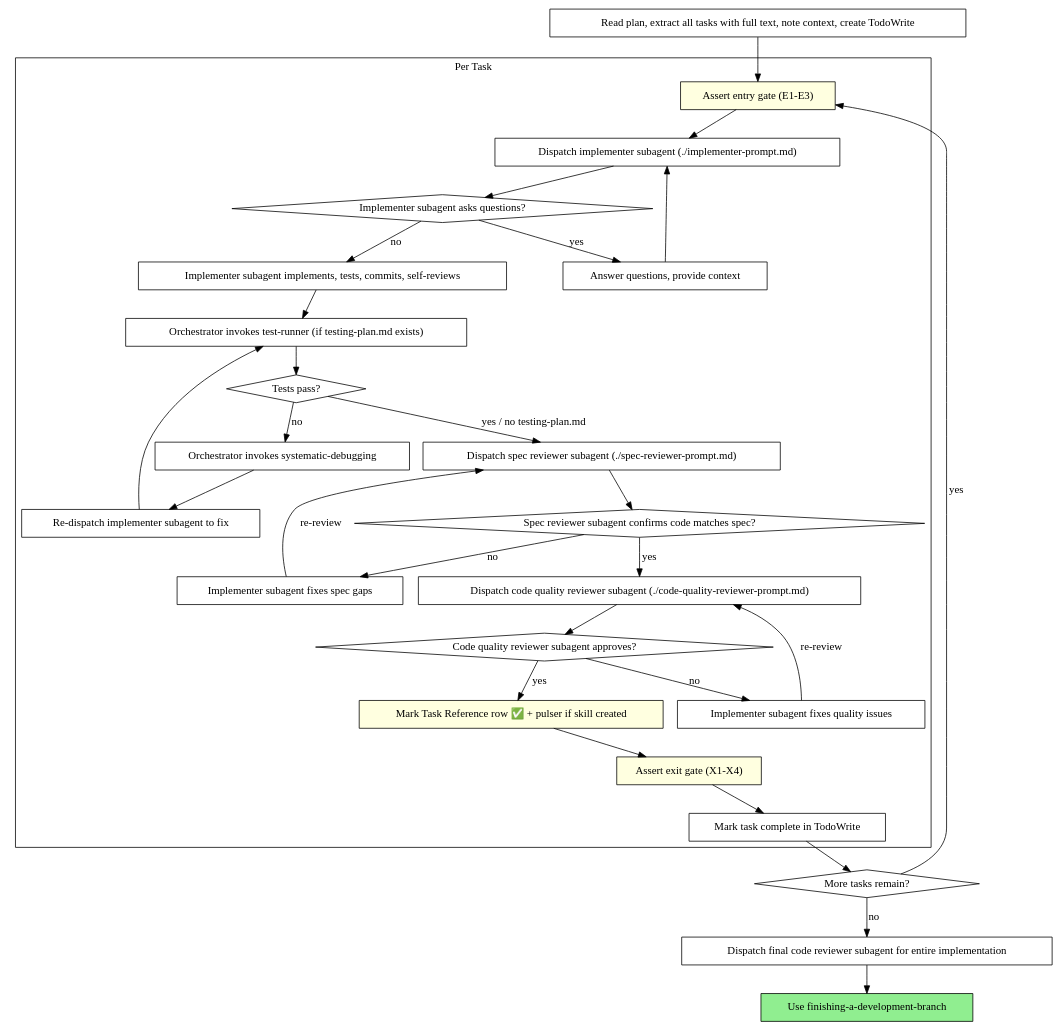
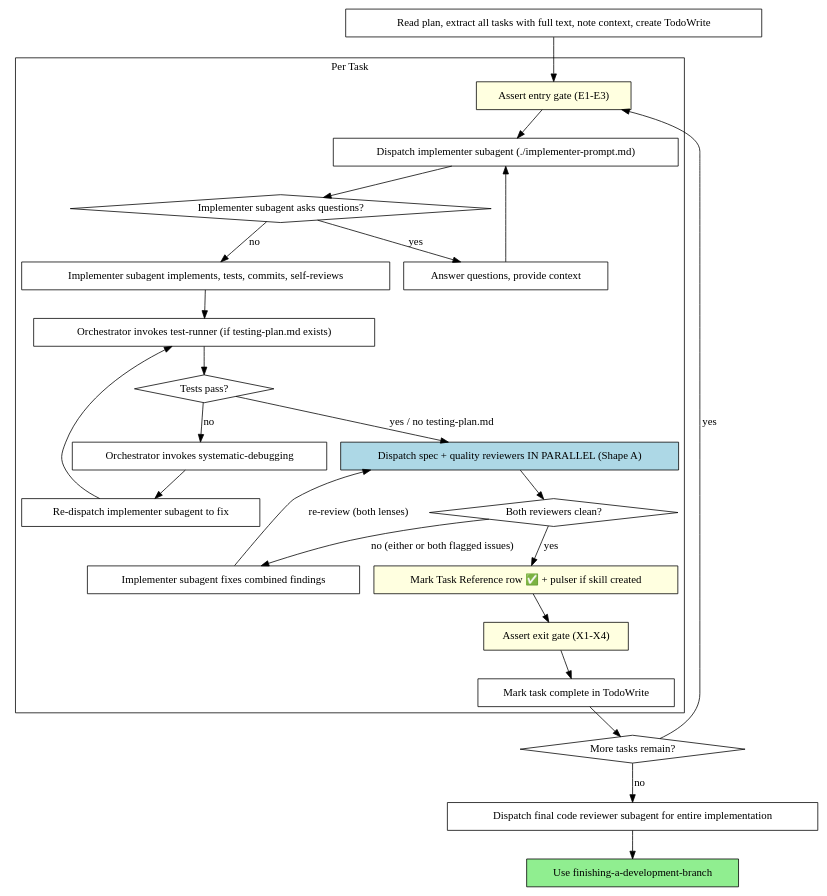
The second of 2 diagrams in skills/subagent-driven-development/SKILL.md (TeamClyde/clydes_claude), drawn with Graphviz before and after one commit. The commit also changed other lines of this file and 4 other files, not shown here.

First line of the commit message:
refactor: subagent-driven-development — parallel two-lens review (spec + quality concurrent)

````diff
--- a/skills/subagent-driven-development/SKILL.md
+++ b/skills/subagent-driven-development/SKILL.md
@@ -43,59 +43,52 @@
 ```dot
 digraph process {
     rankdir=TB;
 
     subgraph cluster_per_task {
         label="Per Task";
         "Assert entry gate (E1-E3)" [shape=box style=filled fillcolor=lightyellow];
         "Dispatch implementer subagent (./implementer-prompt.md)" [shape=box];
         "Implementer subagent asks questions?" [shape=diamond];
         "Answer questions, provide context" [shape=box];
         "Implementer subagent implements, tests, commits, self-reviews" [shape=box];
-        "Dispatch spec reviewer subagent (./spec-reviewer-prompt.md)" [shape=box];
-        "Spec reviewer subagent confirms code matches spec?" [shape=diamond];
-        "Implementer subagent fixes spec gaps" [shape=box];
-        "Dispatch code quality reviewer subagent (./code-quality-reviewer-prompt.md)" [shape=box];
-        "Code quality reviewer subagent approves?" [shape=diamond];
-        "Implementer subagent fixes quality issues" [shape=box];
+        "Dispatch spec + quality reviewers IN PARALLEL (Shape A)" [shape=box style=filled fillcolor=lightblue];
+        "Both reviewers clean?" [shape=diamond];
+        "Implementer subagent fixes combined findings" [shape=box];
         "Mark Task Reference row ✅ + pulser if skill created" [shape=box style=filled fillcolor=lightyellow];
         "Assert exit gate (X1-X4)" [shape=box style=filled fillcolor=lightyellow];
         "Mark task complete in TodoWrite" [shape=box];
         "Orchestrator invokes test-runner (if testing-plan.md exists)" [shape=box];
         "Tests pass?" [shape=diamond];
         "Orchestrator invokes systematic-debugging" [shape=box];
         "Re-dispatch implementer subagent to fix" [shape=box];
     }
 
     "Read plan, extract all tasks with full text, note context, create TodoWrite" [shape=box];
     "More tasks remain?" [shape=diamond];
     "Dispatch final code reviewer subagent for entire implementation" [shape=box];
     "Use finishing-a-development-branch" [shape=box style=filled fillcolor=lightgreen];
 
     "Read plan, extract all tasks with full text, note context, create TodoWrite" -> "Assert entry gate (E1-E3)";
     "Assert entry gate (E1-E3)" -> "Dispatch implementer subagent (./implementer-prompt.md)";
     "Dispatch implementer subagent (./implementer-prompt.md)" -> "Implementer subagent asks questions?";
     "Implementer subagent asks questions?" -> "Answer questions, provide context" [label="yes"];
     "Answer questions, provide context" -> "Dispatch implementer subagent (./implementer-prompt.md)";
     "Implementer subagent asks questions?" -> "Implementer subagent implements, tests, commits, self-reviews" [label="no"];
     "Implementer subagent implements, tests, commits, self-reviews" -> "Orchestrator invokes test-runner (if testing-plan.md exists)";
     "Orchestrator invokes test-runner (if testing-plan.md exists)" -> "Tests pass?";
-    "Tests pass?" -> "Dispatch spec reviewer subagent (./spec-reviewer-prompt.md)" [label="yes / no testing-plan.md"];
+    "Tests pass?" -> "Dispatch spec + quality reviewers IN PARALLEL (Shape A)" [label="yes / no testing-plan.md"];
     "Tests pass?" -> "Orchestrator invokes systematic-debugging" [label="no"];
     "Orchestrator invokes systematic-debugging" -> "Re-dispatch implementer subagent to fix";
     "Re-dispatch implementer subagent to fix" -> "Orchestrator invokes test-runner (if testing-plan.md exists)";
-    "Dispatch spec reviewer subagent (./spec-reviewer-prompt.md)" -> "Spec reviewer subagent confirms code matches spec?";
-    "Spec reviewer subagent confirms code matches spec?" -> "Implementer subagent fixes spec gaps" [label="no"];
-    "Implementer subagent fixes spec gaps" -> "Dispatch spec reviewer subagent (./spec-reviewer-prompt.md)" [label="re-review"];
-    "Spec reviewer subagent confirms code matches spec?" -> "Dispatch code quality reviewer subagent (./code-quality-reviewer-prompt.md)" [label="yes"];
-    "Dispatch code quality reviewer subagent (./code-quality-reviewer-prompt.md)" -> "Code quality reviewer subagent approves?";
-    "Code quality reviewer subagent approves?" -> "Implementer subagent fixes quality issues" [label="no"];
-    "Implementer subagent fixes quality issues" -> "Dispatch code quality reviewer subagent (./code-quality-reviewer-prompt.md)" [label="re-review"];
-    "Code quality reviewer subagent approves?" -> "Mark Task Reference row ✅ + pulser if skill created" [label="yes"];
+    "Dispatch spec + quality reviewers IN PARALLEL (Shape A)" -> "Both reviewers clean?";
+    "Both reviewers clean?" -> "Implementer subagent fixes combined findings" [label="no (either or both flagged issues)"];
+    "Implementer subagent fixes combined findings" -> "Dispatch spec + quality reviewers IN PARALLEL (Shape A)" [label="re-review (both lenses)"];
+    "Both reviewers clean?" -> "Mark Task Reference row ✅ + pulser if skill created" [label="yes"];
     "Mark Task Reference row ✅ + pulser if skill created" -> "Assert exit gate (X1-X4)";
     "Assert exit gate (X1-X4)" -> "Mark task complete in TodoWrite";
     "Mark task complete in TodoWrite" -> "More tasks remain?";
     "More tasks remain?" -> "Assert entry gate (E1-E3)" [label="yes"];
     "More tasks remain?" -> "Dispatch final code reviewer subagent for entire implementation" [label="no"];
     "Dispatch final code reviewer subagent for entire implementation" -> "Use finishing-a-development-branch";
 }
 ```
````
